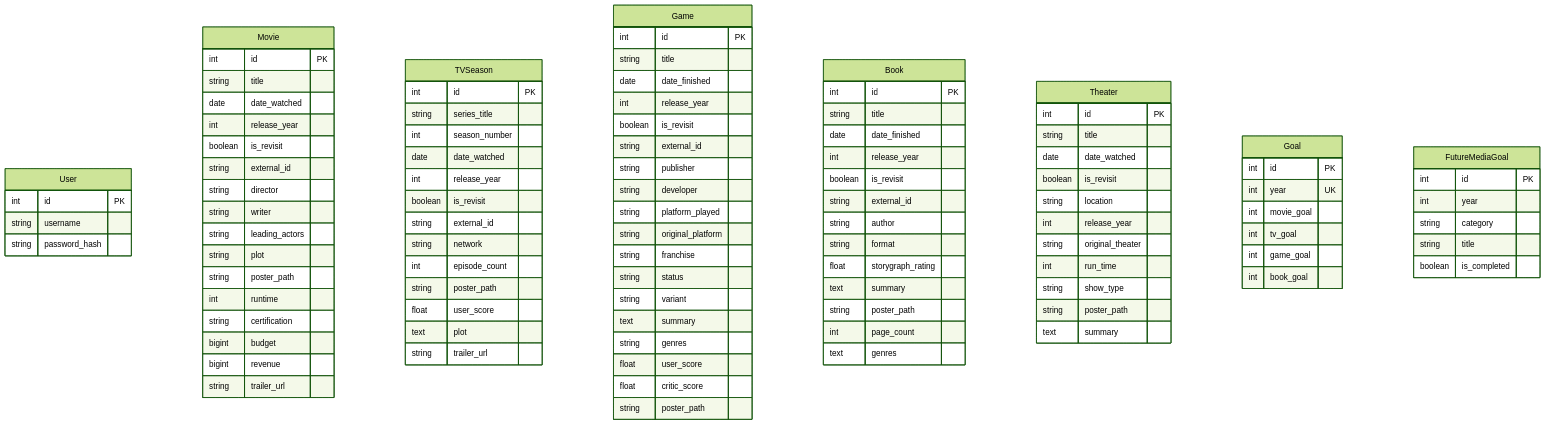
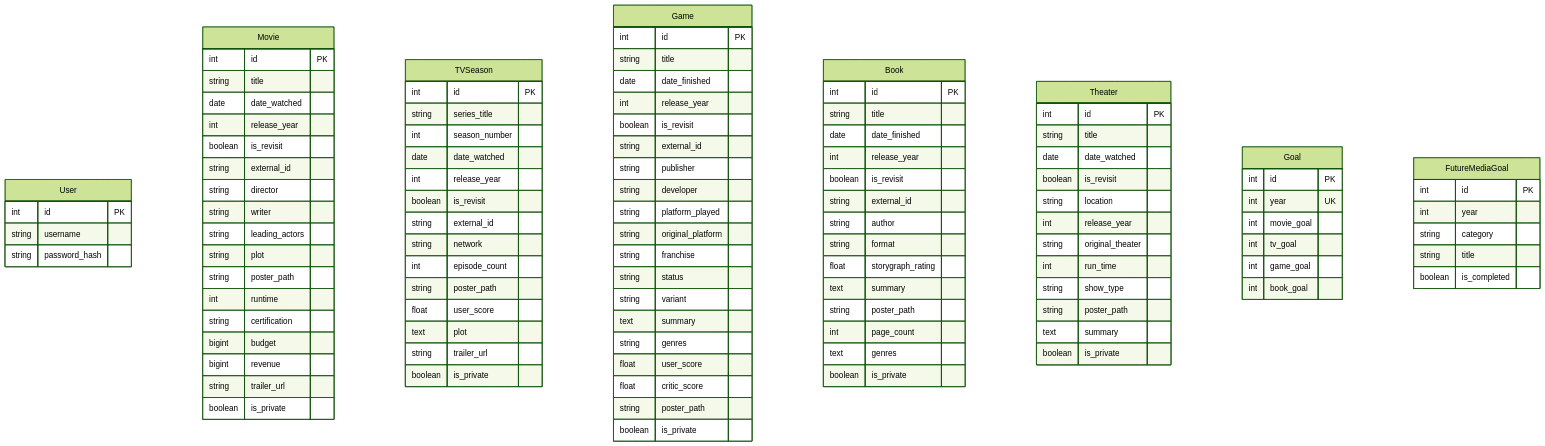
One commit to agoergen/media-tracker changed the second of 2 diagrams in HOW_IT_WORKS.md. Above: the diagram before and after it, drawn with Mermaid (forest theme). The commit also changed other lines of this file and 3 other files, not shown here.

```diff
--- a/HOW_IT_WORKS.md
+++ b/HOW_IT_WORKS.md
@@ -56,6 +56,7 @@
         bigint budget
         bigint revenue
         string trailer_url
+        boolean is_private
     }
     TVSeason {
         int id PK
@@ -71,6 +72,7 @@
         float user_score
         text plot
         string trailer_url
+        boolean is_private
     }
     Game {
         int id PK
@@ -91,6 +93,7 @@
         float user_score
         float critic_score
         string poster_path
+        boolean is_private
     }
     Book {
         int id PK
@@ -106,6 +109,7 @@
         string poster_path
         int page_count
         text genres
+        boolean is_private
     }
     Theater {
         int id PK
@@ -119,6 +123,7 @@
         string show_type
         string poster_path
         text summary
+        boolean is_private
     }
     Goal {
         int id PK
```
